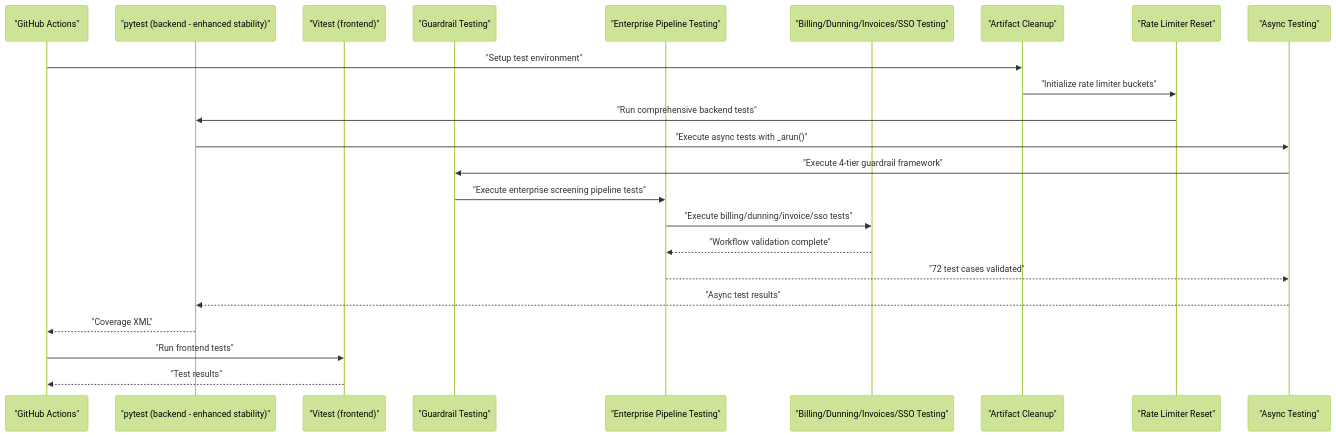
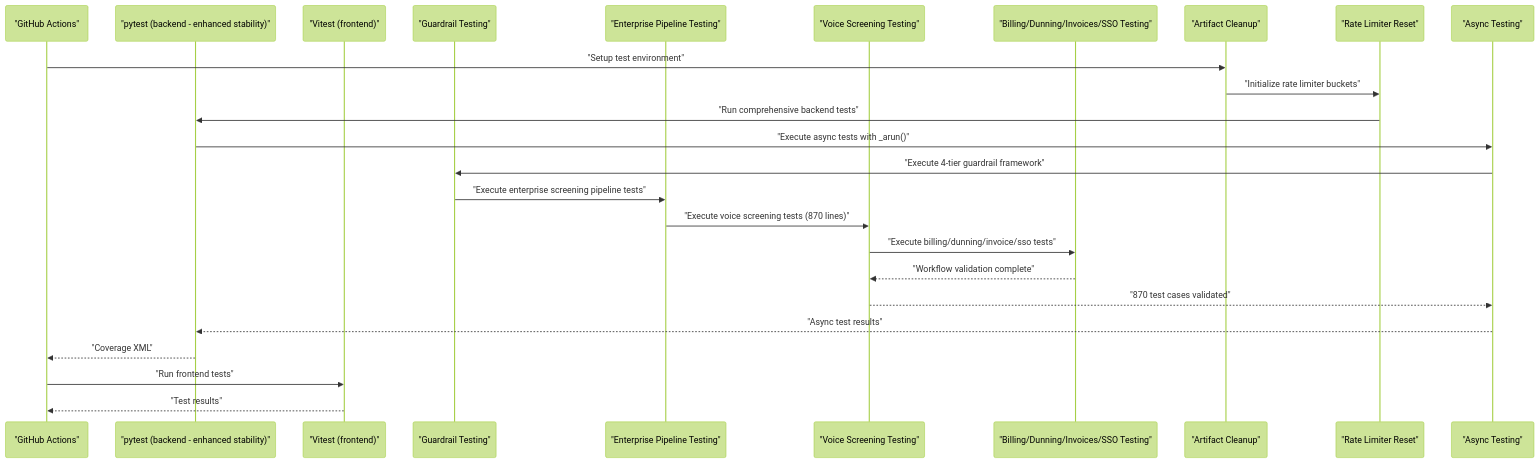
Before and after one commit to Revanththetalogics/aireume: the second of 19 diagrams in .qoder/repowiki/en/content/Testing Strategy.md, drawn with Mermaid (forest theme). The commit also changed other lines of this file and 39 other files, not shown here.

````diff
--- a/.qoder/repowiki/en/content/Testing Strategy.md
+++ b/.qoder/repowiki/en/content/Testing Strategy.md
@@ -268,25 +278,27 @@
 ```mermaid
 sequenceDiagram
 participant GH as "GitHub Actions"
 participant Py as "pytest (backend - enhanced stability)"
 participant VT as "Vitest (frontend)"
 participant Guardrail as "Guardrail Testing"
 participant Enterprise as "Enterprise Pipeline Testing"
+participant Voice as "Voice Screening Testing"
 participant Billing as "Billing/Dunning/Invoices/SSO Testing"
 participant Clean as "Artifact Cleanup"
 participant RL as "Rate Limiter Reset"
 participant Async as "Async Testing"
 GH->>Clean : "Setup test environment"
 Clean->>RL : "Initialize rate limiter buckets"
 RL->>Py : "Run comprehensive backend tests"
 Py->>Async : "Execute async tests with _arun()"
 Async->>Guardrail : "Execute 4-tier guardrail framework"
 Guardrail->>Enterprise : "Execute enterprise screening pipeline tests"
-Enterprise->>Billing : "Execute billing/dunning/invoice/sso tests"
-Billing-->>Enterprise : "Workflow validation complete"
-Enterprise-->>Async : "72 test cases validated"
+Enterprise->>Voice : "Execute voice screening tests (870 lines)"
+Voice->>Billing : "Execute billing/dunning/invoice/sso tests"
+Billing-->>Voice : "Workflow validation complete"
+Voice-->>Async : "870 test cases validated"
 Async-->>Py : "Async test results"
 Py-->>GH : "Coverage XML"
 GH->>VT : "Run frontend tests"
 VT-->>GH : "Test results"
 ```
````
